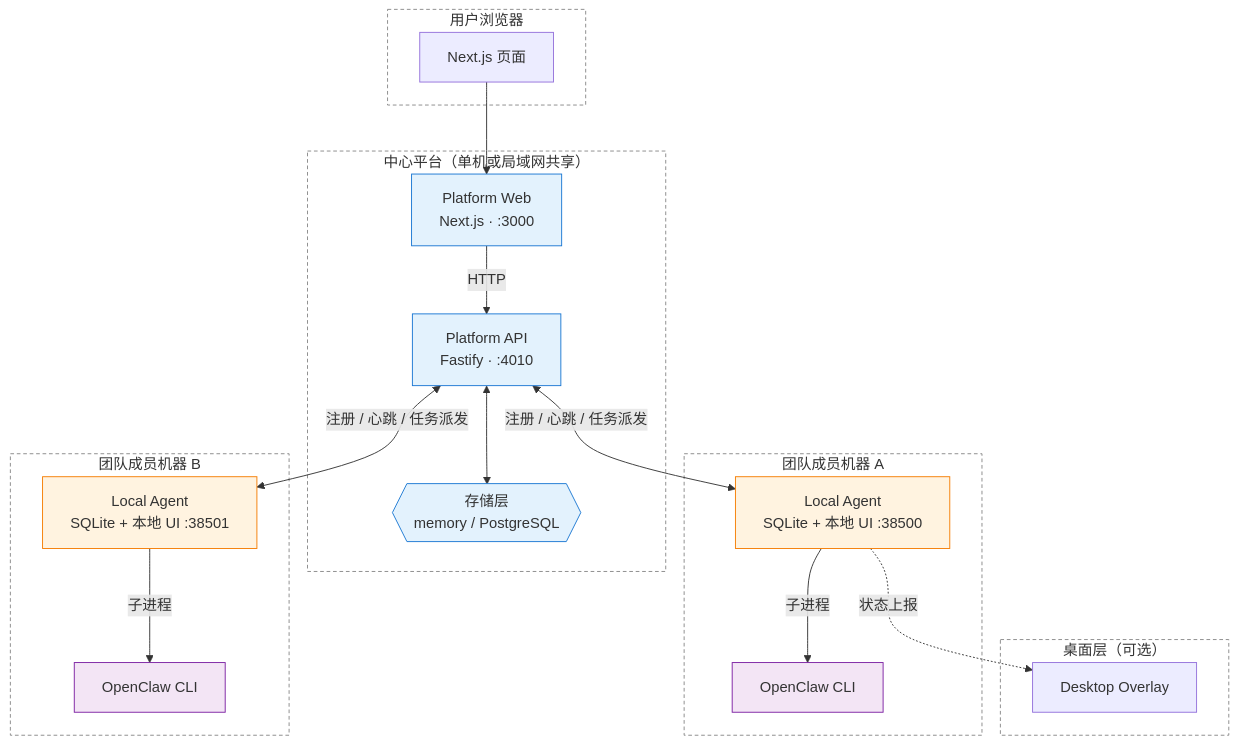
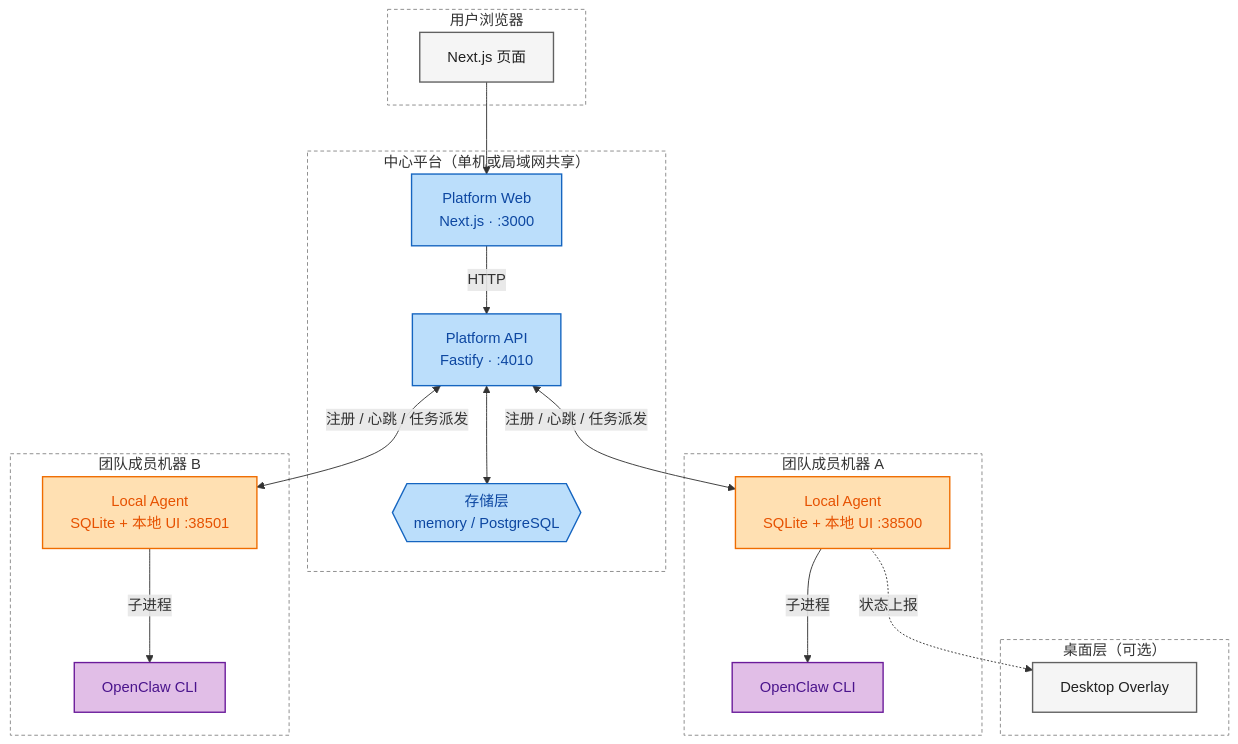
Before and after one commit to giovannixujingran-bit/flow-system-cv: the diagram in README.md, drawn with Mermaid.

Commit message:
docs: 修复架构图在 dark mode 下文字不可见的问题
- 所有 classDef 增加显式 color 字段（深色文字），避免 dark mode 下 mermaid 自动渲染成浅色造成浅底浅字
- 填充色由浅色调深一档（#e3f2fd→#bbdefb 等），边框和文字用同色系更深色，保证对比度
- 新增 plain class 给 Browser 节点和 Desktop Overlay 节点统一样式

````diff
--- a/README.md
+++ b/README.md
@@ -38,48 +38,50 @@
 ```mermaid
 flowchart TB
     subgraph Browser["用户浏览器"]
         B[Next.js 页面]
     end
 
     subgraph Central["中心平台（单机或局域网共享）"]
         Web["Platform Web<br/>Next.js · :3000"]
         API["Platform API<br/>Fastify · :4010"]
         Store{{"存储层<br/>memory / PostgreSQL"}}
         Web -->|HTTP| API
         API <--> Store
     end
 
     subgraph Machine1["团队成员机器 A"]
         A1["Local Agent<br/>SQLite + 本地 UI :38500"]
         OC1["OpenClaw CLI"]
         A1 -->|子进程| OC1
     end
 
     subgraph Machine2["团队成员机器 B"]
         A2["Local Agent<br/>SQLite + 本地 UI :38501"]
         OC2["OpenClaw CLI"]
         A2 -->|子进程| OC2
     end
 
     subgraph Overlay["桌面层（可选）"]
         DO["Desktop Overlay"]
     end
 
     B --> Web
     API <-->|注册 / 心跳 / 任务派发| A1
     API <-->|注册 / 心跳 / 任务派发| A2
     A1 -.->|状态上报| DO
 
-    classDef platform fill:#e3f2fd,stroke:#1976d2
-    classDef agent fill:#fff3e0,stroke:#f57c00
-    classDef cli fill:#f3e5f5,stroke:#7b1fa2
+    classDef platform fill:#bbdefb,stroke:#1565c0,stroke-width:1.5px,color:#0d47a1
+    classDef agent fill:#ffe0b2,stroke:#ef6c00,stroke-width:1.5px,color:#e65100
+    classDef cli fill:#e1bee7,stroke:#6a1b9a,stroke-width:1.5px,color:#4a148c
+    classDef plain fill:#f5f5f5,stroke:#616161,stroke-width:1.5px,color:#212121
     class Web,API,Store platform
     class A1,A2 agent
     class OC1,OC2 cli
+    class B,DO plain
 
     style Browser fill:transparent,stroke:#888,stroke-dasharray:4 3
     style Central fill:transparent,stroke:#888,stroke-dasharray:4 3
     style Machine1 fill:transparent,stroke:#888,stroke-dasharray:4 3
     style Machine2 fill:transparent,stroke:#888,stroke-dasharray:4 3
     style Overlay fill:transparent,stroke:#888,stroke-dasharray:4 3
 ```
````
